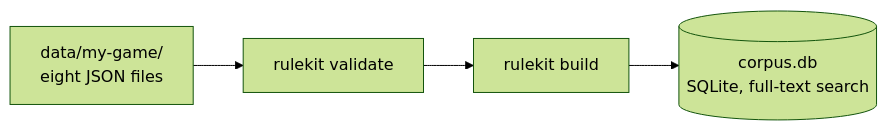
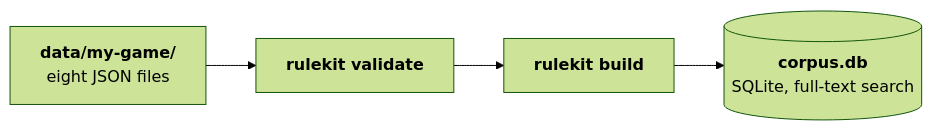
One commit to rulekitai/rulekit changed the first of 4 diagrams in docs/architecture.md. Above: the diagram before and after it, drawn with Mermaid (forest theme). The commit also changed other lines of this file, not shown here.

First line of the commit message:
docs(architecture): give each node a bold name on its own line

````diff
--- a/docs/architecture.md
+++ b/docs/architecture.md
@@ -7,6 +7,8 @@
 ```mermaid
 flowchart LR
-    JSON["data/my-game/ <br/>eight JSON files"] --> VALIDATE["rulekit validate"]
-    VALIDATE --> BUILD["rulekit build"]
-    BUILD --> DB[("corpus.db <br/>SQLite, full-text search")]
+    JSON["`**data/my-game/**
+        eight JSON files`"] --> VALIDATE["`**rulekit validate**`"]
+    VALIDATE --> BUILD["`**rulekit build**`"]
+    BUILD --> DB[("`**corpus.db**
+        SQLite, full-text search`")]
 ```
````
